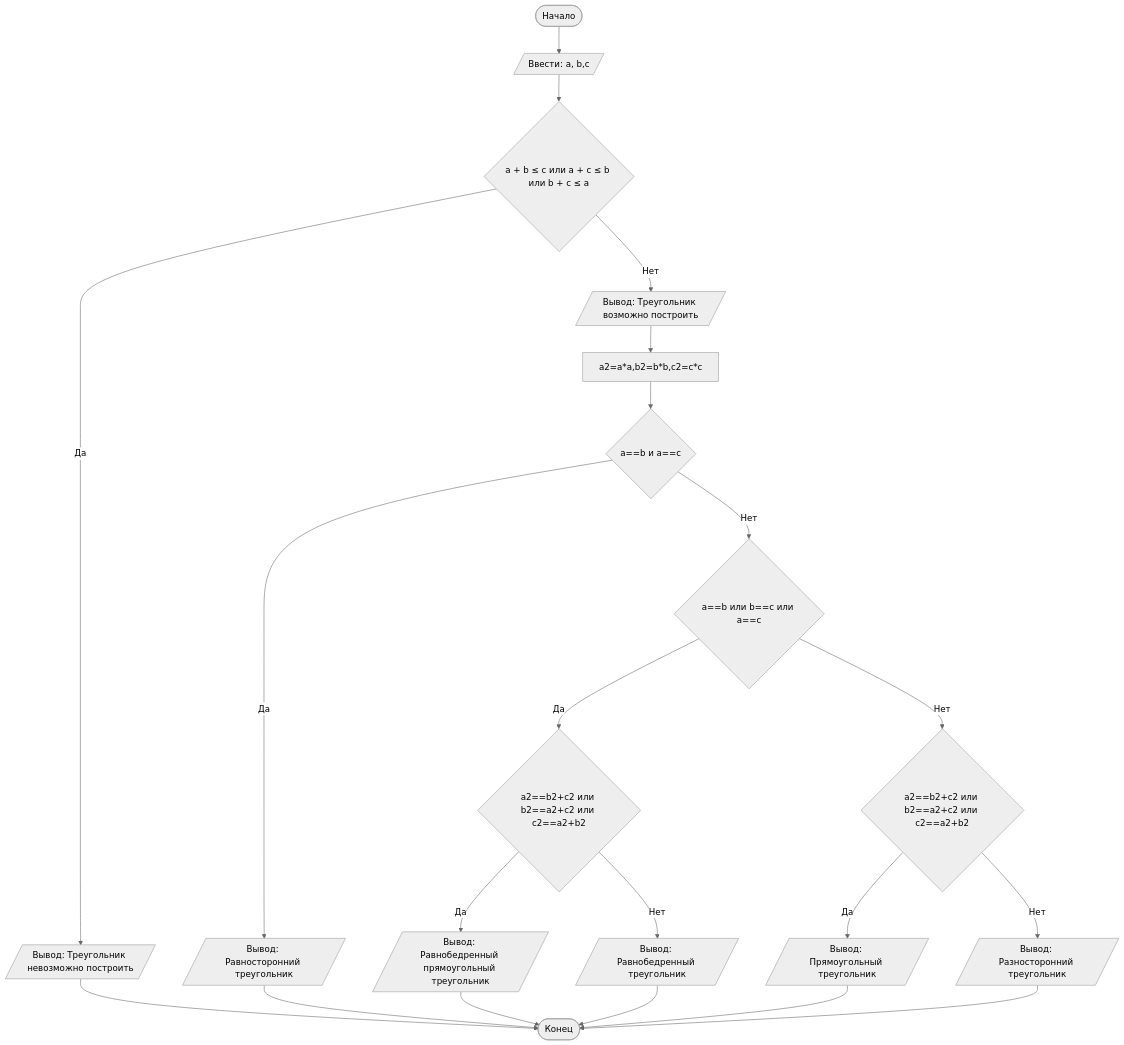
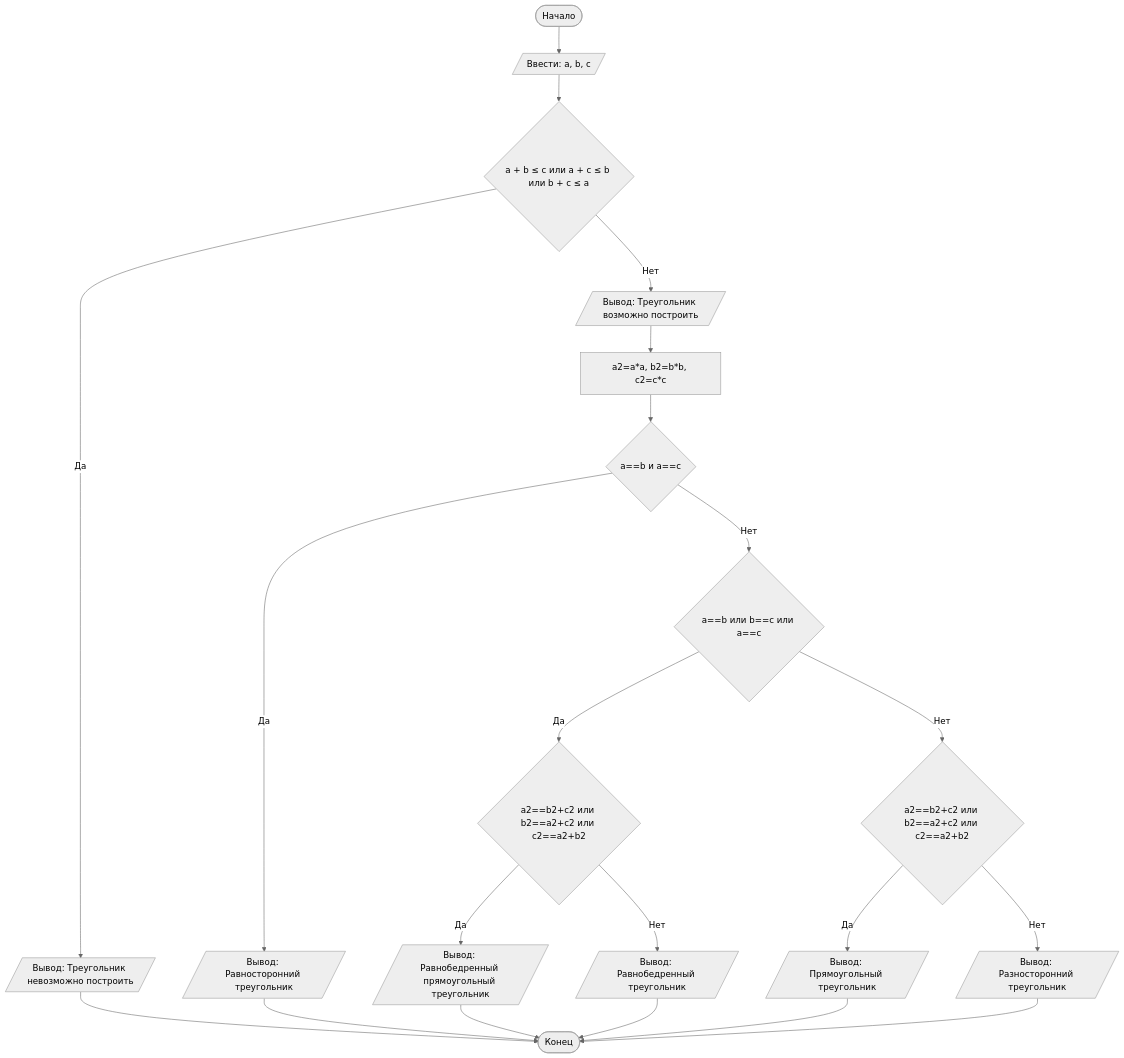
Before and after one commit to Kokorina008/Lab_rab: the diagram in README.md, drawn with Mermaid (neutral theme). The commit also changed other lines of this file, not shown here.

````diff
--- a/README.md
+++ b/README.md
@@ -85,23 +85,23 @@
 ```mermaid
 graph TD
-    A([Начало]) --> B[/Ввести: a, b,c/]
+    A([Начало]) --> B[/Ввести: a, b, c/]
     B --> C{a + b ≤ c или a + c ≤ b или b + c ≤ a}
     C -- Да --> D[/Вывод: Треугольник невозможно построить/]
     C -- Нет --> E[/Вывод: Треугольник возможно построить/]
-    E --> F[a2=a*a,b2=b*b,c2=c*c]
+    E --> F[a2=a*a, b2=b*b, c2=c*c]
     F --> G{a==b и a==c}
     G -- Да --> H[/Вывод: Равносторонний треугольник/]
     G -- Нет --> I{a==b или b==c или a==c}
     I -- Да --> J{a2==b2+c2 или b2==a2+c2 или c2==a2+b2}
     J -- Да --> K[/Вывод: Равнобедренный прямоугольный треугольник/]
     J -- Нет --> L[/Вывод: Равнобедренный треугольник/]
     I -- Нет --> M{a2==b2+c2 или b2==a2+c2 или c2==a2+b2}
     M -- Да --> N[/Вывод: Прямоугольный треугольник/]
     M -- Нет --> O[/Вывод: Разносторонний треугольник/]
     D --> Z([Конец])
     H --> Z([Конец])
     K --> Z([Конец])
     L --> Z([Конец])
     N --> Z([Конец])
     O --> Z([Конец])
 ```
````
